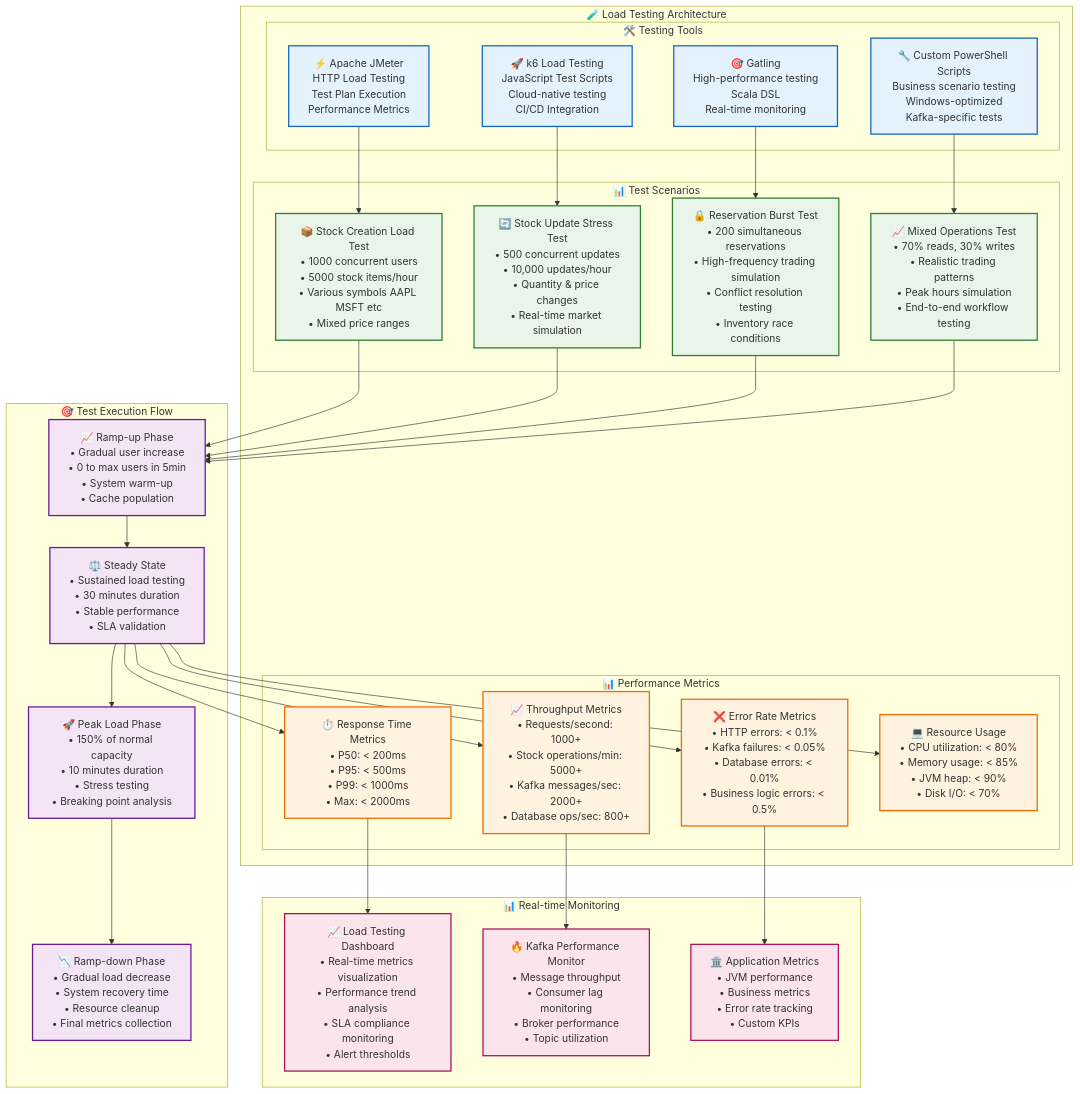
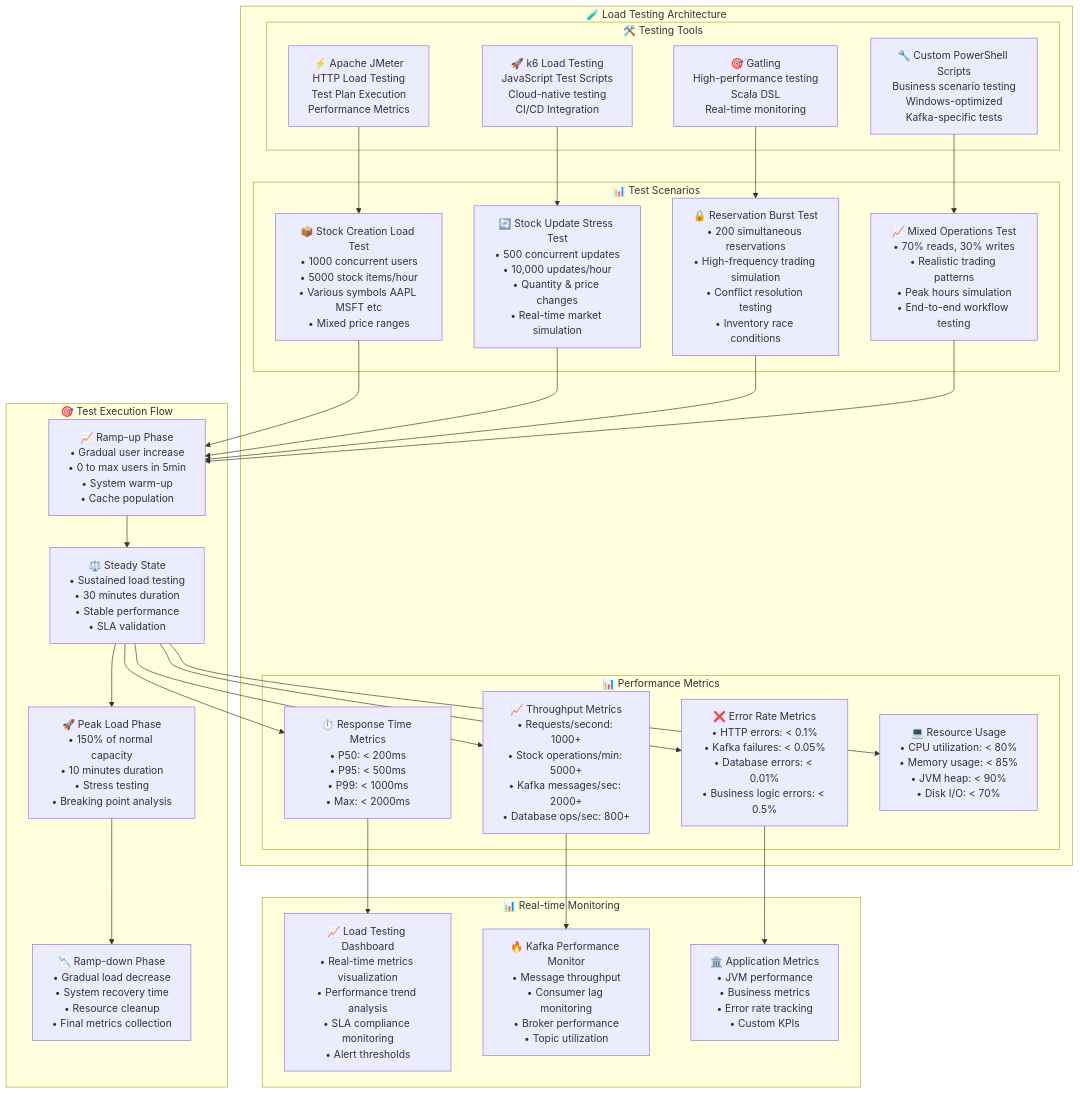
One commit to italo-costa/estudosKBNT_Kafka_Logs_V2_cleanCode changed the sixth of 7 diagrams in docs/DIAGRAMAS_ARQUITETURA_COMPLETOS.md. Above: the diagram before and after it, drawn with Mermaid. The commit also changed other lines of this file, not shown here.

First line of the commit message:
fix: Remove ALL remaining CSS class definitions from Mermaid diagrams

````diff
--- a/docs/DIAGRAMAS_ARQUITETURA_COMPLETOS.md
+++ b/docs/DIAGRAMAS_ARQUITETURA_COMPLETOS.md
@@ -793,16 +766,4 @@
     RESPONSE_TIME --> GRAFANA_LOAD
     THROUGHPUT --> KAFKA_MONITOR
     ERROR_RATE --> APP_MONITOR
-    
-    classDef testScenario fill:#e8f5e8,stroke:#2e7d32,stroke-width:2px
-    classDef testTool fill:#e3f2fd,stroke:#1565c0,stroke-width:2px
-    classDef metrics fill:#fff3e0,stroke:#ef6c00,stroke-width:2px
-    classDef phases fill:#f3e5f5,stroke:#6a1b9a,stroke-width:2px
-    classDef monitoring fill:#fce4ec,stroke:#ad1457,stroke-width:2px
-    
-    class SCENARIO1,SCENARIO2,SCENARIO3,SCENARIO4 testScenario
-    class JMETER,K6,GATLING,CUSTOM testTool
-    class RESPONSE_TIME,THROUGHPUT,ERROR_RATE,RESOURCE_USAGE metrics
-    class RAMP_UP,STEADY_STATE,PEAK_LOAD,RAMP_DOWN phases
-    class GRAFANA_LOAD,KAFKA_MONITOR,APP_MONITOR monitoring
 ```
````
